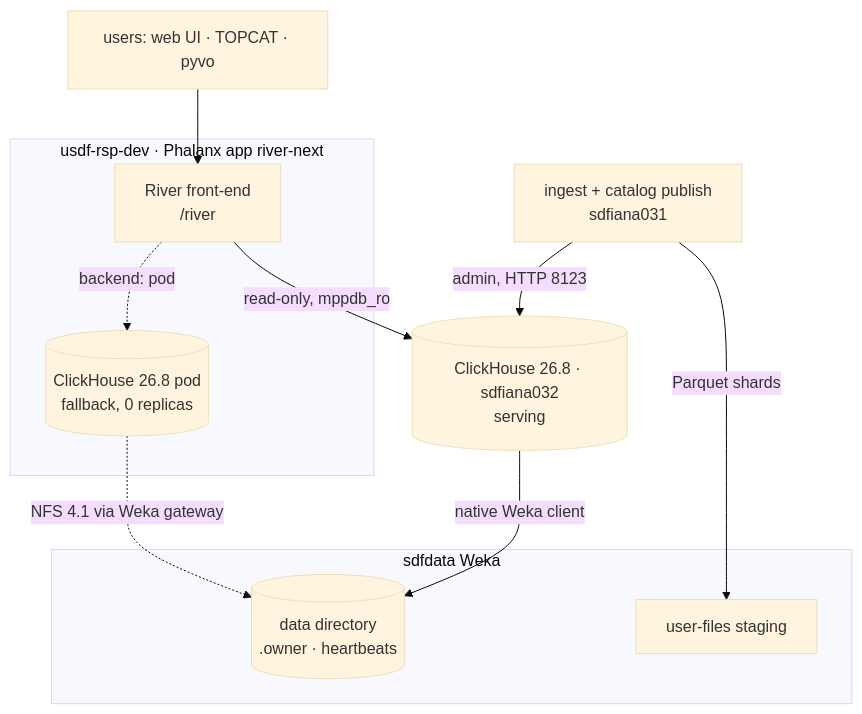
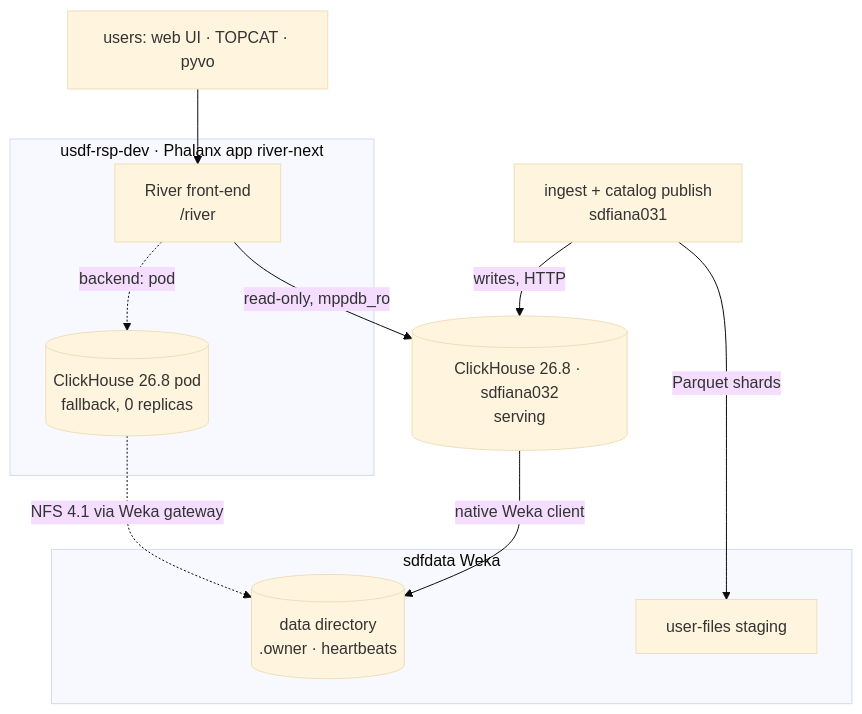
Before and after one commit to lsst-dm/dmtn-354: the diagram in index.md, drawn with Mermaid (base theme). The commit also changed other lines of this file, not shown here.

````diff
--- a/index.md
+++ b/index.md
@@ -242,21 +242,21 @@
 ```{mermaid}
 flowchart TB
   U["users: web UI · TOPCAT · pyvo"]
   subgraph RSP["usdf-rsp-dev · Phalanx app river-next"]
     FE["River front-end<br/>/river"]
     POD[("ClickHouse 26.8 pod<br/>fallback, 0 replicas")]
   end
   N032[("ClickHouse 26.8 · sdfiana032<br/>serving")]
   subgraph WEKA["sdfdata Weka"]
     DATA[("data directory<br/>.owner · heartbeats")]
     UF["user-files staging"]
   end
   ING["ingest + catalog publish<br/>sdfiana031"]
   U --> FE
   FE -- "read-only, mppdb_ro" --> N032
   FE -. "backend: pod" .-> POD
   N032 -- "native Weka client" --> DATA
   POD -. "NFS 4.1 via Weka gateway" .-> DATA
-  ING -- "admin, HTTP 8123" --> N032
+  ING -- "writes, HTTP" --> N032
   ING -- "Parquet shards" --> UF
 ```
````
